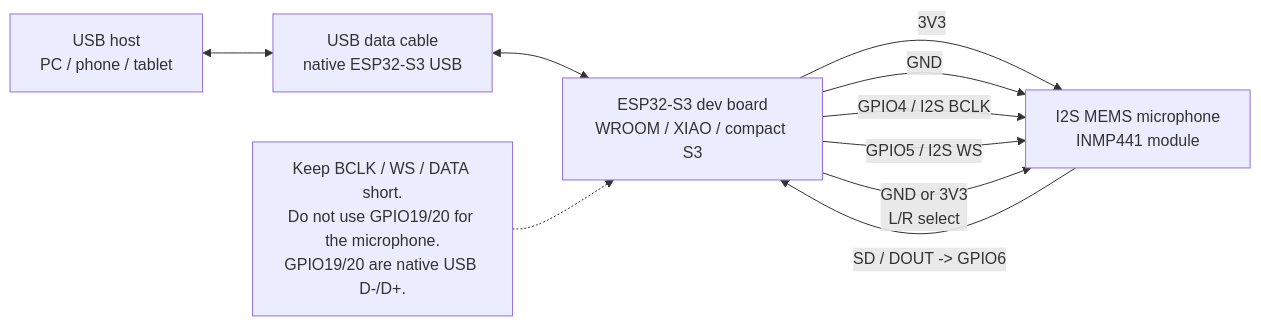
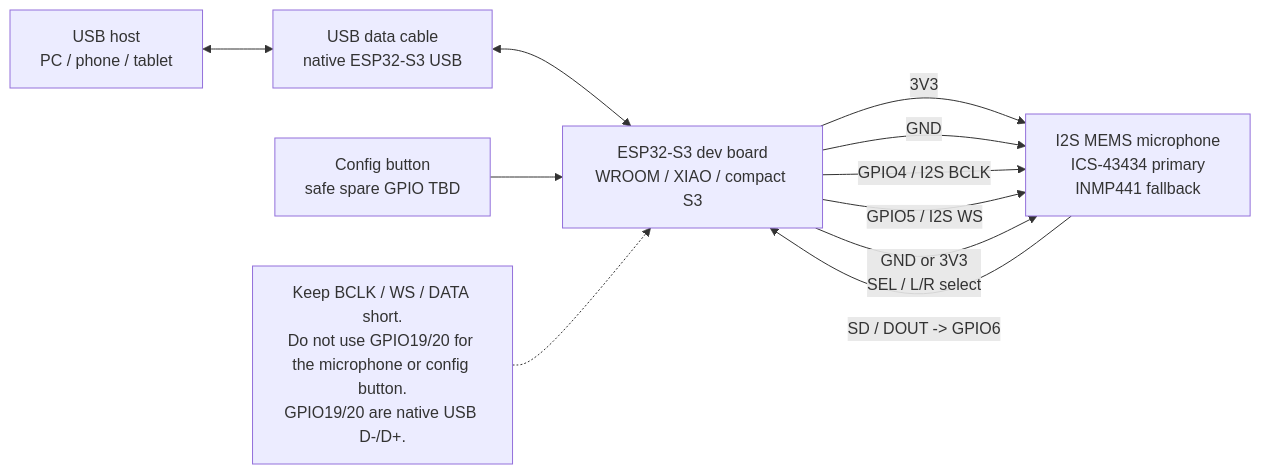
One commit to ffreitasb/phonemefree-unplugged changed the diagram in hardware/schematic/mvp_breadboard_wiring.mmd. Above: the diagram before and after it, drawn with Mermaid. The commit also changed 9 other files, not shown here.

```diff
--- a/hardware/schematic/mvp_breadboard_wiring.mmd
+++ b/hardware/schematic/mvp_breadboard_wiring.mmd
@@ -1,18 +1,20 @@
 flowchart LR
     HOST["USB host<br/>PC / phone / tablet"]
     USB["USB data cable<br/>native ESP32-S3 USB"]
     MCU["ESP32-S3 dev board<br/>WROOM / XIAO / compact S3"]
-    MIC["I2S MEMS microphone<br/>INMP441 module"]
+    MIC["I2S MEMS microphone<br/>ICS-43434 primary<br/>INMP441 fallback"]
+    BTN["Config button<br/>safe spare GPIO TBD"]
 
     HOST <--> USB
     USB <--> MCU
 
     MCU -- "3V3" --> MIC
     MCU -- "GND" --> MIC
     MCU -- "GPIO4 / I2S BCLK" --> MIC
     MCU -- "GPIO5 / I2S WS" --> MIC
     MIC -- "SD / DOUT -> GPIO6" --> MCU
-    MCU -- "GND or 3V3<br/>L/R select" --> MIC
+    MCU -- "GND or 3V3<br/>SEL / L/R select" --> MIC
+    BTN --> MCU
 
-    note1["Keep BCLK / WS / DATA short.<br/>Do not use GPIO19/20 for the microphone.<br/>GPIO19/20 are native USB D-/D+."]
+    note1["Keep BCLK / WS / DATA short.<br/>Do not use GPIO19/20 for the microphone or config button.<br/>GPIO19/20 are native USB D-/D+."]
     note1 -.-> MCU
```
